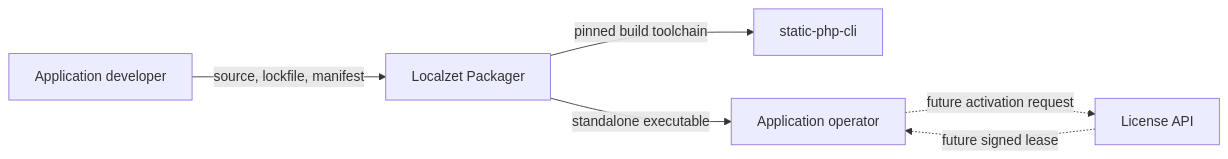
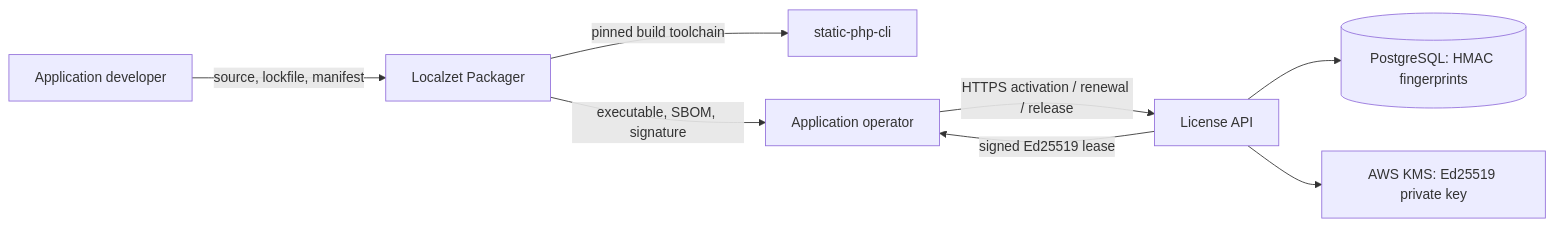
One commit to localzet/Packager changed the first of 2 diagrams in docs/architecture.en.md. Above: the diagram before and after it, drawn with Mermaid. The commit also changed other lines of this file and 20 other files, not shown here.

First line of the commit message:
feat: add signed online license lease runtime

````diff
--- a/docs/architecture.en.md
+++ b/docs/architecture.en.md
@@ -17,8 +19,10 @@
 ```mermaid
 flowchart LR
   Dev[Application developer] -->|source, lockfile, manifest| P[Localzet Packager]
   P -->|pinned build toolchain| SPC[static-php-cli]
-  P -->|standalone executable| User[Application operator]
-  User -. future activation request .-> License[License API]
-  License -. future signed lease .-> User
+  P -->|executable, SBOM, signature| Ops[Application operator]
+  Ops -->|HTTPS activation / renewal / release| API[License API]
+  API -->|signed Ed25519 lease| Ops
+  API --> DB[(PostgreSQL: HMAC fingerprints)]
+  API --> KMS[AWS KMS: Ed25519 private key]
 ```
````
